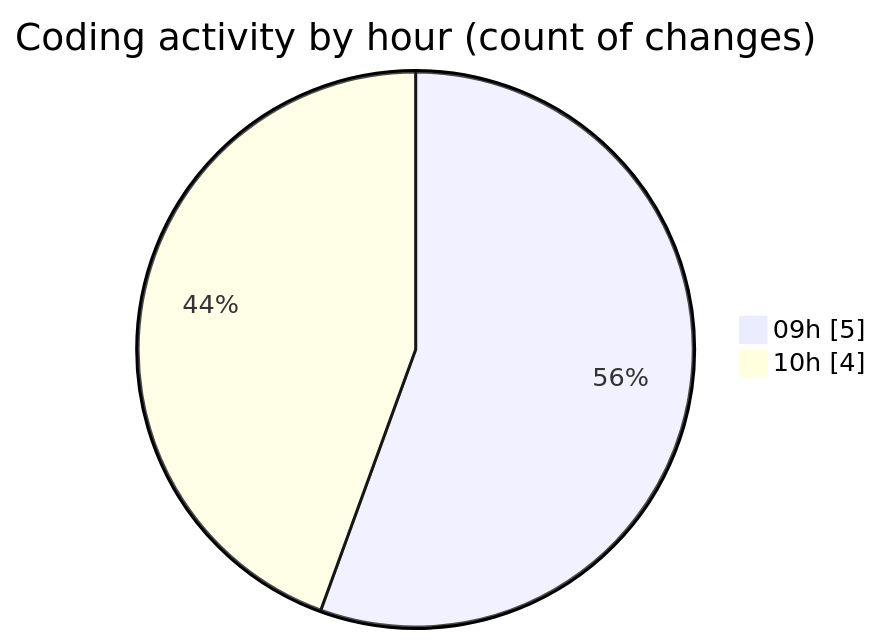
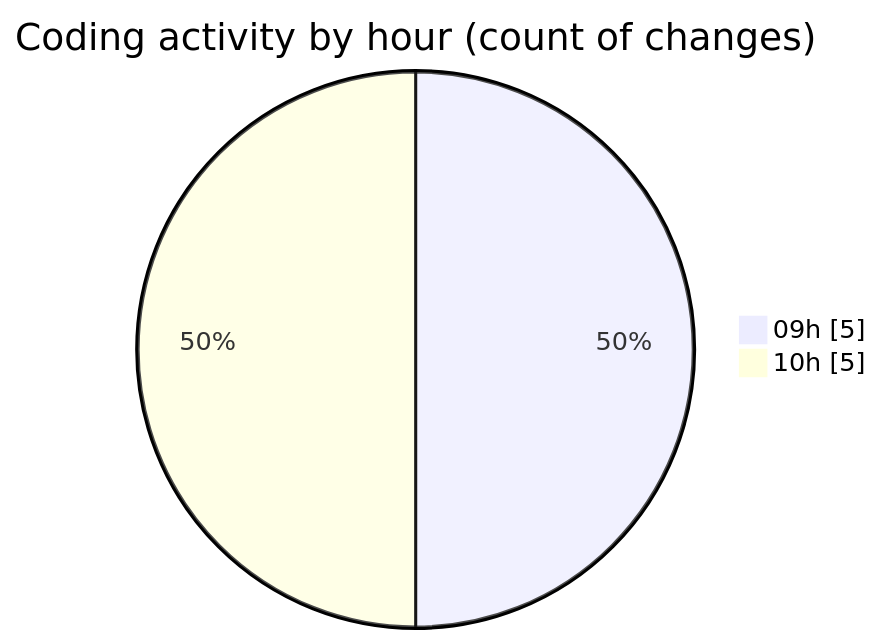
Before and after one commit to momahboobian/code-tracking: the second of 2 diagrams in 2025-09-03/cda/README.md, drawn with Mermaid. The commit also changed other lines of this file and 1 other file, not shown here.

````diff
--- a/2025-09-03/cda/README.md
+++ b/2025-09-03/cda/README.md
@@ -36,6 +38,6 @@
 ```mermaid
 pie showData
 title Coding activity by hour (count of changes)
 "09h" : 5
-"10h" : 4
+"10h" : 5
 ```
````
